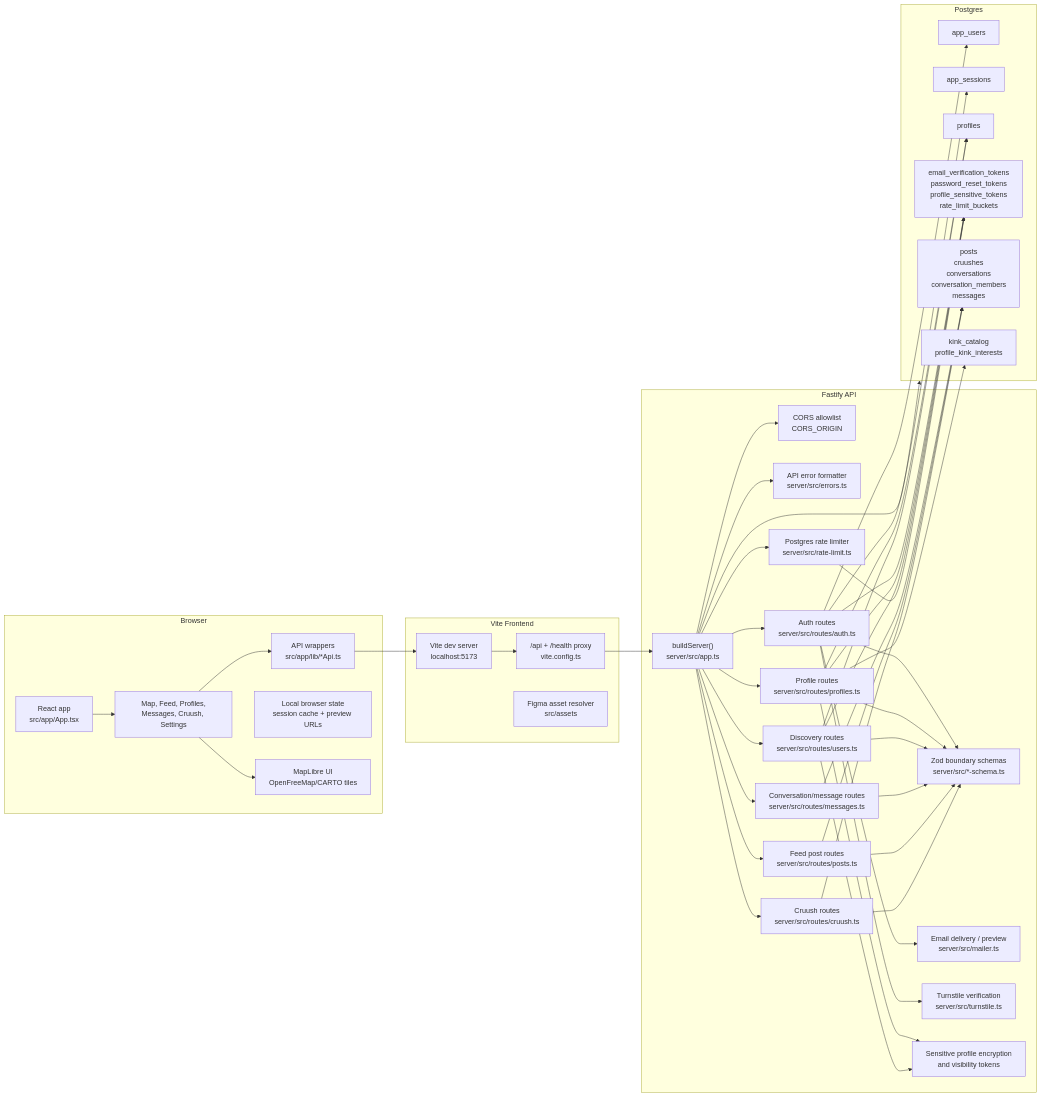
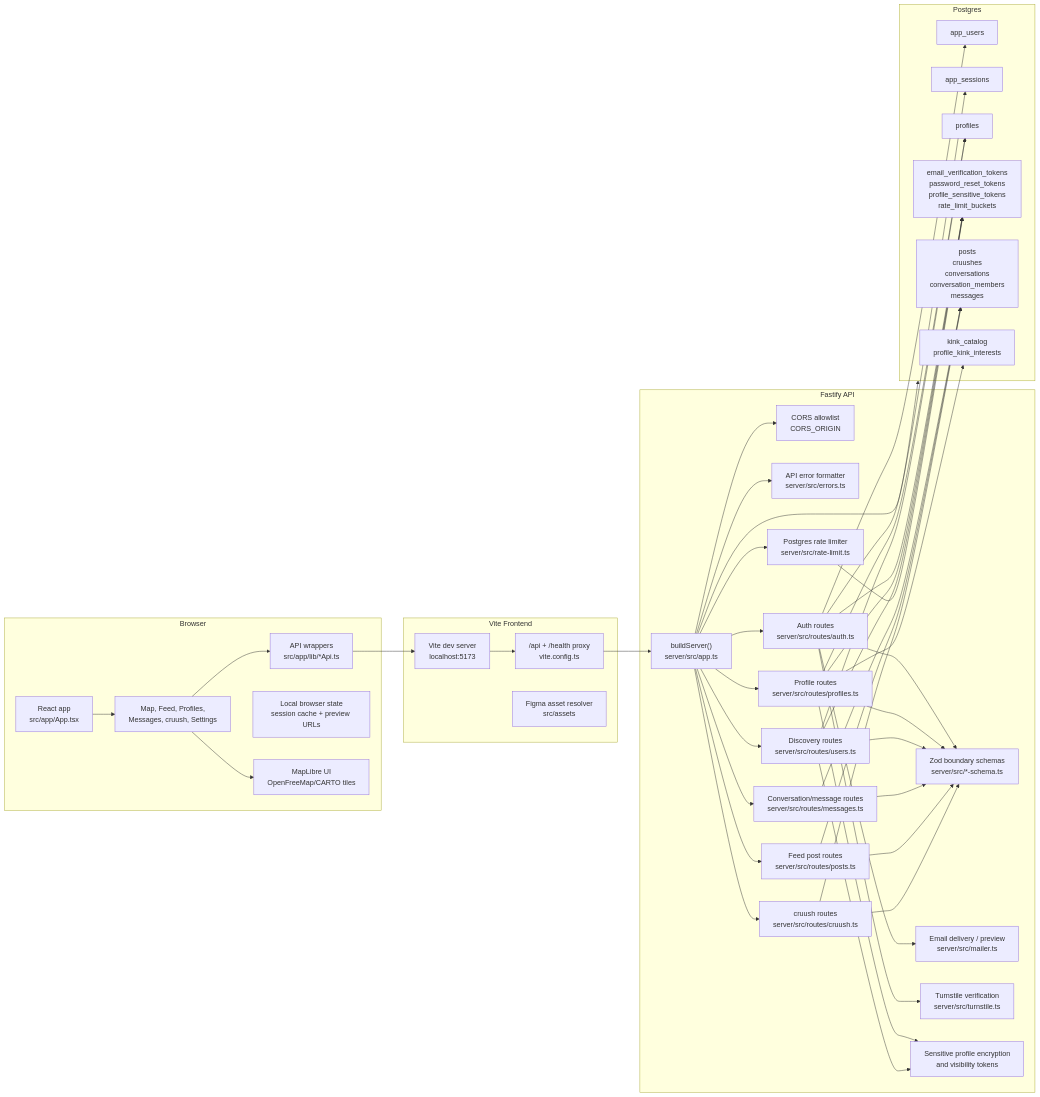
The first of 7 diagrams in docs/architecture-whiteboard.md (cruush-social/Cruushv2), drawn with Mermaid before and after one commit. The commit also changed other lines of this file and 25 other files, not shown here.

````diff
--- a/docs/architecture-whiteboard.md
+++ b/docs/architecture-whiteboard.md
@@ -11,81 +11,81 @@
 ```mermaid
 flowchart LR
   subgraph Browser["Browser"]
     UI["React app\nsrc/app/App.tsx"]
-    Screens["Map, Feed, Profiles,\nMessages, Cruush, Settings"]
+    Screens["Map, Feed, Profiles,\nMessages, cruush, Settings"]
     ApiClient["API wrappers\nsrc/app/lib/*Api.ts"]
     LocalState["Local browser state\nsession cache + preview URLs"]
     MapLibre["MapLibre UI\nOpenFreeMap/CARTO tiles"]
   end
 
   subgraph Frontend["Vite Frontend"]
     Vite["Vite dev server\nlocalhost:5173"]
     Proxy["/api + /health proxy\nvite.config.ts"]
     Assets["Figma asset resolver\nsrc/assets"]
   end
 
   subgraph Api["Fastify API"]
     Server["buildServer()\nserver/src/app.ts"]
     Cors["CORS allowlist\nCORS_ORIGIN"]
     Errors["API error formatter\nserver/src/errors.ts"]
     RateLimiter["Postgres rate limiter\nserver/src/rate-limit.ts"]
     AuthRoutes["Auth routes\nserver/src/routes/auth.ts"]
     ProfileRoutes["Profile routes\nserver/src/routes/profiles.ts"]
     UserRoutes["Discovery routes\nserver/src/routes/users.ts"]
     MessageRoutes["Conversation/message routes\nserver/src/routes/messages.ts"]
     PostRoutes["Feed post routes\nserver/src/routes/posts.ts"]
-    CruushRoutes["Cruush routes\nserver/src/routes/cruush.ts"]
+    CruushRoutes["cruush routes\nserver/src/routes/cruush.ts"]
     Schemas["Zod boundary schemas\nserver/src/*-schema.ts"]
     Mailer["Email delivery / preview\nserver/src/mailer.ts"]
     Turnstile["Turnstile verification\nserver/src/turnstile.ts"]
     Privacy["Sensitive profile encryption\nand visibility tokens"]
   end
 
   subgraph Database["Postgres"]
     Users["app_users"]
     Sessions["app_sessions"]
     Profiles["profiles"]
     Tokens["email_verification_tokens\npassword_reset_tokens\nprofile_sensitive_tokens\nrate_limit_buckets"]
     Content["posts\ncruushes\nconversations\nconversation_members\nmessages"]
     Catalog["kink_catalog\nprofile_kink_interests"]
   end
 
   UI --> Screens
   Screens --> ApiClient
   Screens --> MapLibre
   ApiClient --> Vite
   Vite --> Proxy
   Proxy --> Server
   Server --> Cors
   Server --> Errors
   Server --> RateLimiter
   Server --> AuthRoutes
   Server --> ProfileRoutes
   Server --> UserRoutes
   Server --> MessageRoutes
   Server --> PostRoutes
   Server --> CruushRoutes
   AuthRoutes --> Schemas
   ProfileRoutes --> Schemas
   UserRoutes --> Schemas
   MessageRoutes --> Schemas
   PostRoutes --> Schemas
   CruushRoutes --> Schemas
   AuthRoutes --> Mailer
   AuthRoutes --> Turnstile
   ProfileRoutes --> Privacy
   UserRoutes --> Privacy
   Server --> Database
   AuthRoutes --> Users
   AuthRoutes --> Sessions
   AuthRoutes --> Tokens
   ProfileRoutes --> Profiles
   ProfileRoutes --> Catalog
   ProfileRoutes --> Tokens
   UserRoutes --> Profiles
   UserRoutes --> Tokens
   MessageRoutes --> Content
   PostRoutes --> Content
   CruushRoutes --> Content
   RateLimiter --> Tokens
 ```
````
